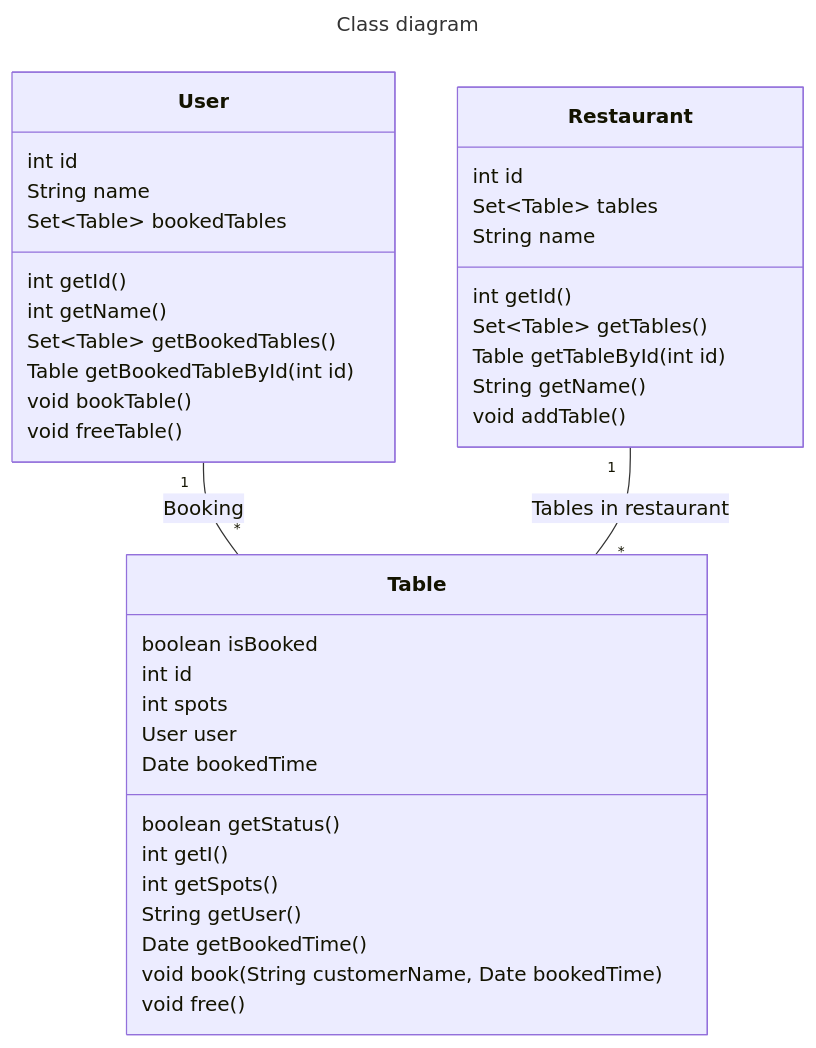
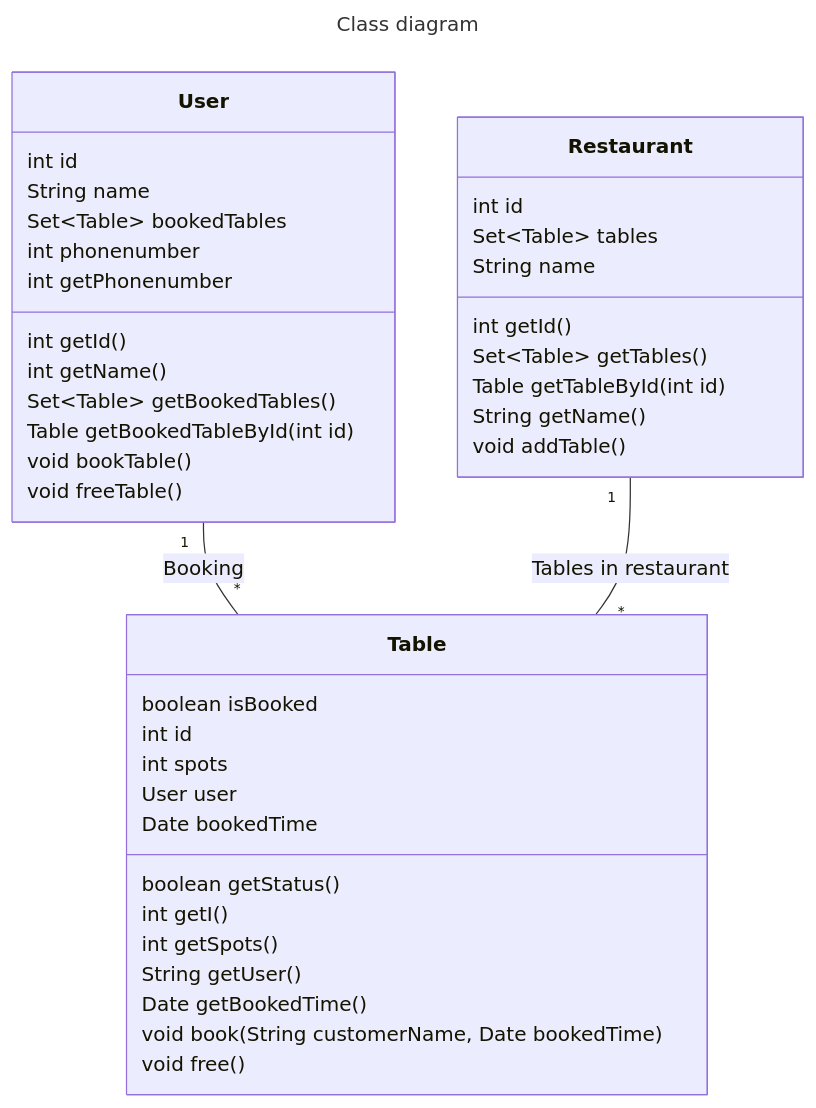
Before and after one commit to marsun02/IT1901_Booking_Manager: the diagram in class-diagram.md, drawn with Mermaid. The commit also changed 2 other files, not shown here.

Commit message:
added all fields and methods from class diagram and reverted Table class to match main

````diff
--- a/class-diagram.md
+++ b/class-diagram.md
@@ -1,50 +1,52 @@
 ```mermaid
 ---
 title: Class diagram
 ---
 
 classDiagram
     class Table{
         boolean isBooked
         int id
         int spots
         User user
         Date bookedTime
 
         boolean getStatus()
         int getI()
         int getSpots()
         String getUser()
         Date getBookedTime()
         void book(String customerName, Date bookedTime)
         void free()
     }
 
     class User{
         int id
         String name
         Set&lt;Table&gt bookedTables
+        int phonenumber
 
         int getId()
         int getName()
         Set&lt;Table&gt getBookedTables()
         Table getBookedTableById(int id)
+        int getPhonenumber
         void bookTable()
         void freeTable()
     }
 
     class Restaurant{
         int id
         Set&lt;Table&gt; tables
         String name
 
         int getId()
         Set&lt;Table&gt getTables()
         Table getTableById(int id)
         String getName()
         void addTable()
     }
 
     User "1" -- "*" Table : Booking
     Restaurant "1" -- "*" Table : Tables in restaurant
 ```
````
